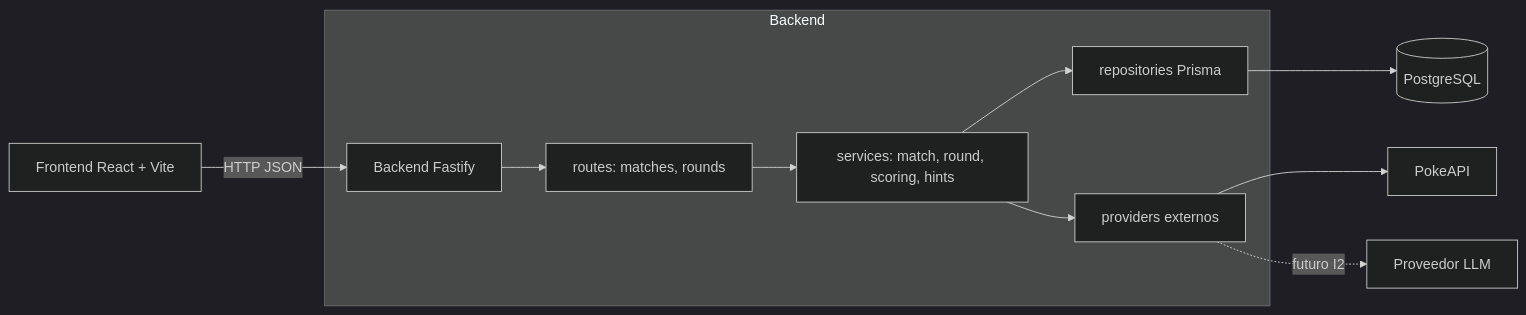
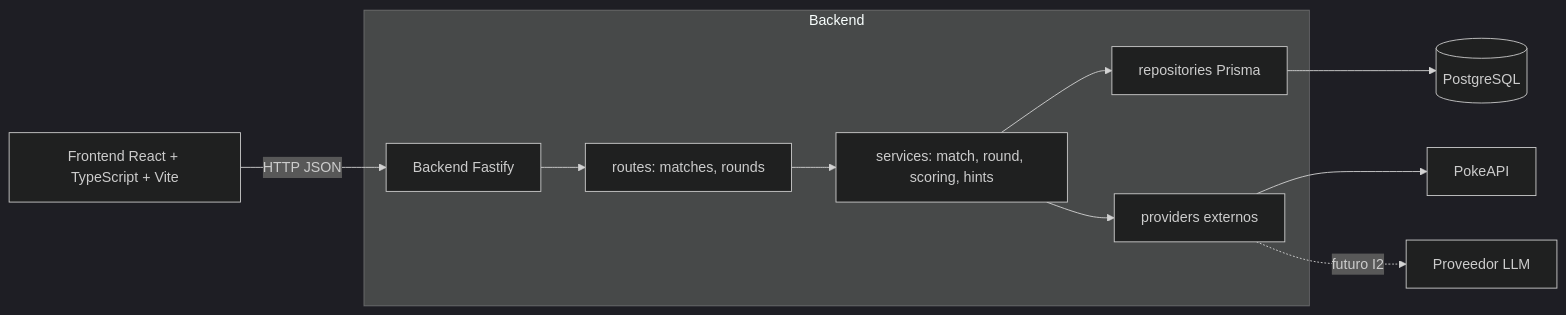
One commit to rkrautz10/Adivina_Personaje changed the diagram in docs/ARQUITECTURA.md. Above: the diagram before and after it, drawn with Mermaid (dark theme). The commit also changed other lines of this file and 2 other files, not shown here.

Commit message:
docs: add architecture decisions and align diagrams

````diff
--- a/docs/ARQUITECTURA.md
+++ b/docs/ARQUITECTURA.md
@@ -53,15 +53,15 @@
 ```mermaid
 flowchart LR
-  UI[Frontend React + Vite] -->|HTTP JSON| API[Backend Fastify]
+  UI[Frontend React + TypeScript + Vite] -->|HTTP JSON| API[Backend Fastify]
 
   subgraph Backend
     API --> Routes[routes: matches, rounds]
     Routes --> Services[services: match, round, scoring, hints]
     Services --> Repos[repositories Prisma]
     Services --> Providers[providers externos]
   end
 
   Repos --> DB[(PostgreSQL)]
   Providers --> PokeAPI[PokeAPI]
   Providers -. futuro I2 .-> LLM[Proveedor LLM]
 ```
````
